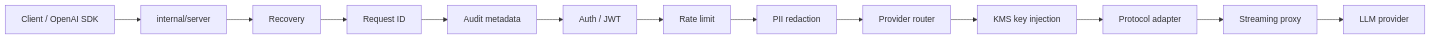
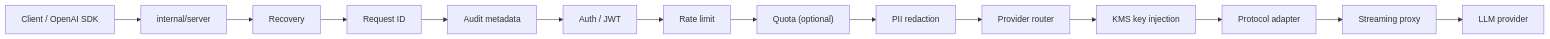
Before and after one commit to yknothing/AegisLLM: the diagram in docs/architecture-design.md, drawn with Mermaid. The commit also changed other lines of this file and 115 other files, not shown here.

````diff
--- a/docs/architecture-design.md
+++ b/docs/architecture-design.md
@@ -29,15 +29,16 @@
 ```mermaid
 flowchart LR
   Client["Client / OpenAI SDK"] --> Server["internal/server"]
   Server --> Recovery["Recovery"]
   Recovery --> RequestID["Request ID"]
   RequestID --> Audit["Audit metadata"]
   Audit --> Auth["Auth / JWT"]
   Auth --> RateLimit["Rate limit"]
-  RateLimit --> PII["PII redaction"]
+  RateLimit --> Quota["Quota (optional)"]
+  Quota --> PII["PII redaction"]
   PII --> Router["Provider router"]
   Router --> KMS["KMS key injection"]
   KMS --> Adapter["Protocol adapter"]
   Adapter --> Proxy["Streaming proxy"]
   Proxy --> Provider["LLM provider"]
 ```
````
